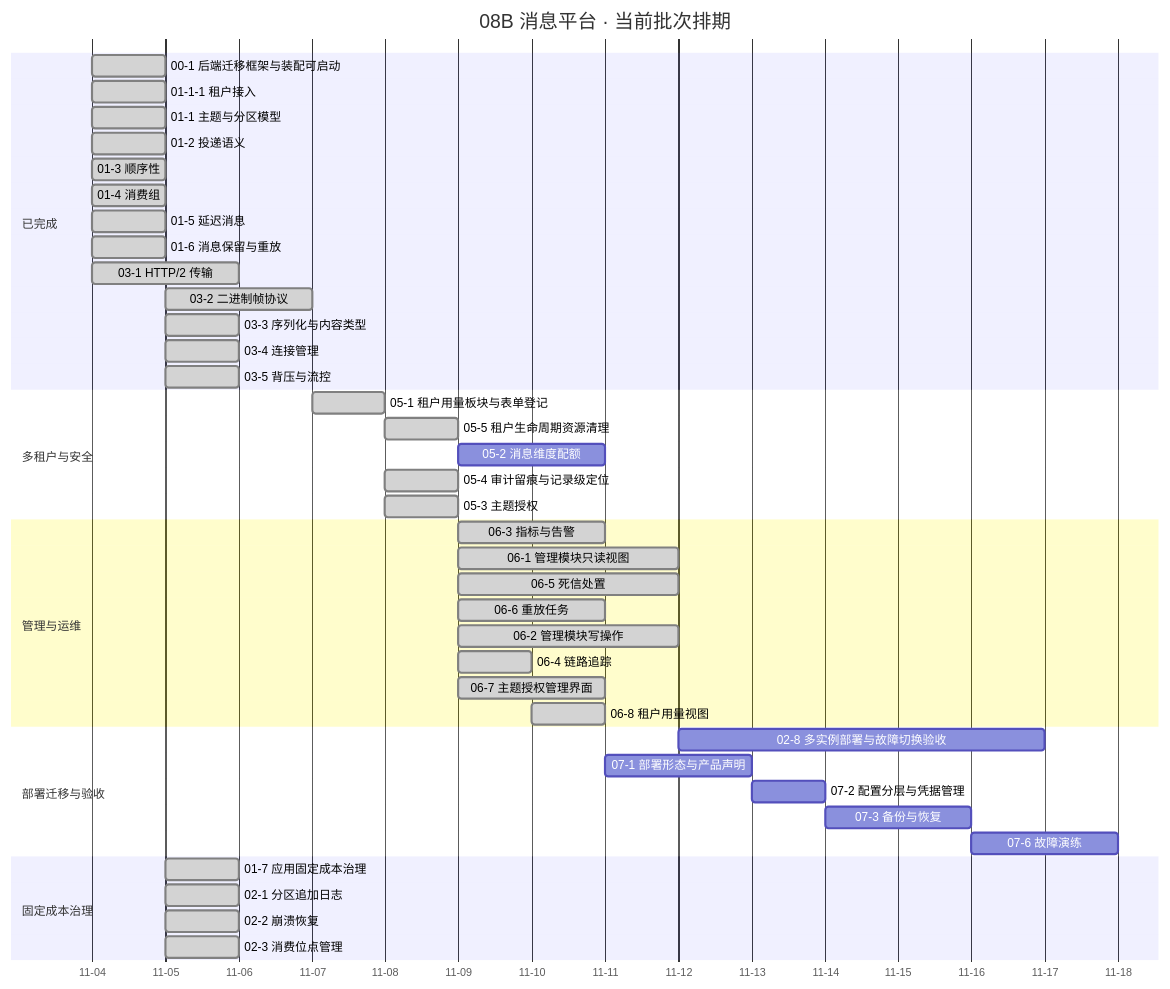
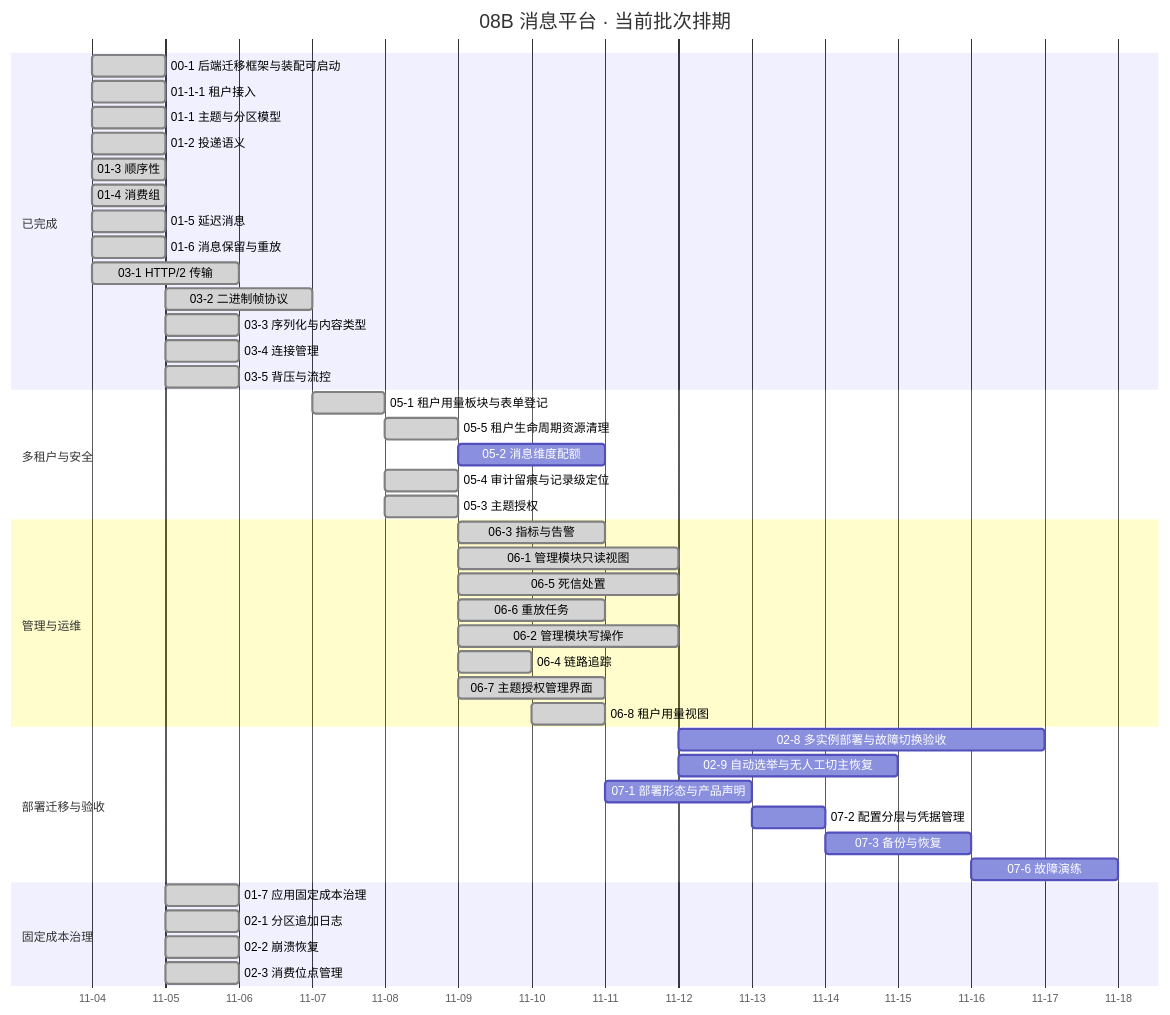
The diagram in msg文档/项目/08B_消息平台/计划/01_计划_消息平台.md (minjian123/message-platform), drawn with Mermaid before and after one commit. The commit also changed other lines of this file and 7 other files, not shown here.

````diff
--- a/msg文档/项目/08B_消息平台/计划/01_计划_消息平台.md
+++ b/msg文档/项目/08B_消息平台/计划/01_计划_消息平台.md
@@ -122,47 +125,48 @@
 ```mermaid
 gantt
     title 08B 消息平台 · 当前批次排期
-    %% 任务域 02：02-7 已交付（2026-11-05）、02-4 / 02-5 已交付（2026-11-11，单日窗口不入甘特）、02-8 进行中（2026-11-12 ~ 11-16）；任务域 04：04-1 ~ 04-7 全部已交付不入甘特；任务域 06：06-1 ~ 06-8 全部已交付（2026-11-09 ~ 11-10），不再留在待排区间；任务域 01：01-8（8B_04）已交付（2026-11-11），不再留在待排区间；任务域 07：07-1/2/3/6 入甘特，07-4-1 / 07-4-2 均已交付（2026-11-10）不入甘特，07-8（待 02-8）/ 07-9（待 07-8）/ 07-5（待 07-9）/ 07-7（待 07-8/07-9/07-5）均搁置不入甘特
+    %% 任务域 02：02-7 已交付（2026-11-05）、02-4 / 02-5 已交付（2026-11-11，单日窗口不入甘特）、02-8 进行中（2026-11-12 ~ 11-16）、02-9 进行中（2026-11-12 ~ 11-14）；任务域 04：04-1 ~ 04-7 全部已交付不入甘特；任务域 06：06-1 ~ 06-8 全部已交付（2026-11-09 ~ 11-10），不再留在待排区间；任务域 01：01-8（8B_04）已交付（2026-11-11），不再留在待排区间；任务域 07：07-1/2/3/6 入甘特，07-4-1 / 07-4-2 均已交付（2026-11-10）不入甘特，07-8（待 02-8）/ 07-9（待 07-8）/ 07-5（待 07-9）/ 07-7（待 07-8/07-9/07-5）均搁置不入甘特
     dateFormat YYYY-MM-DD
     axisFormat %m-%d
     section 已完成
     00-1 后端迁移框架与装配可启动 :done, d001, 2026-11-04, 1d
     01-1-1 租户接入 :done, d0111, 2026-11-04, 1d
     01-1 主题与分区模型 :done, t011, 2026-11-04, 1d
     01-2 投递语义 :done, t012, 2026-11-04, 1d
     01-3 顺序性 :done, t013, 2026-11-04, 1d
     01-4 消费组 :done, t014, 2026-11-04, 1d
     01-5 延迟消息 :done, t015, 2026-11-04, 1d
     01-6 消息保留与重放 :done, t016, 2026-11-04, 1d
     03-1 HTTP/2 传输 :done, t031, 2026-11-04, 2d
     03-2 二进制帧协议 :done, t032, 2026-11-05, 2d
     03-3 序列化与内容类型 :done, t033, 2026-11-05, 1d
     03-4 连接管理 :done, t034, 2026-11-05, 1d
     03-5 背压与流控 :done, t035, 2026-11-05, 1d
     section 多租户与安全
     05-1 租户用量板块与表单登记 :done, t051, 2026-11-07, 1d
     05-5 租户生命周期资源清理 :done, t055, 2026-11-08, 1d
     05-2 消息维度配额 :t052, after t055, 2d
     05-4 审计留痕与记录级定位 :done, t054, 2026-11-08, 1d
     05-3 主题授权 :done, t053, 2026-11-08, 1d
     section 管理与运维
     06-3 指标与告警 :done, t063, 2026-11-09, 2d
     06-1 管理模块只读视图 :done, t061, 2026-11-09, 3d
     06-5 死信处置 :done, t065, 2026-11-09, 3d
     06-6 重放任务 :done, t066, 2026-11-09, 2d
     06-2 管理模块写操作 :done, t062, 2026-11-09, 3d
     06-4 链路追踪 :done, t064, 2026-11-09, 1d
     06-7 主题授权管理界面 :done, t067, 2026-11-09, 2d
     06-8 租户用量视图 :done, t068, 2026-11-10, 1d
     section 部署迁移与验收
     02-8 多实例部署与故障切换验收 :t028, 2026-11-12, 5d
+    02-9 自动选举与无人工切主恢复 :t029, 2026-11-12, 3d
     07-1 部署形态与产品声明 :t071, 2026-11-11, 2d
     07-2 配置分层与凭据管理 :t072, 2026-11-13, 1d
     07-3 备份与恢复 :t073, 2026-11-14, 2d
     07-6 故障演练 :t076, 2026-11-16, 2d
     section 固定成本治理
     01-7 应用固定成本治理 :done, t017, 2026-11-05, 1d
     02-1 分区追加日志 :done, t021, 2026-11-05, 1d
     02-2 崩溃恢复 :done, t022, 2026-11-05, 1d
     02-3 消费位点管理 :done, t023, 2026-11-05, 1d
 ```
````
